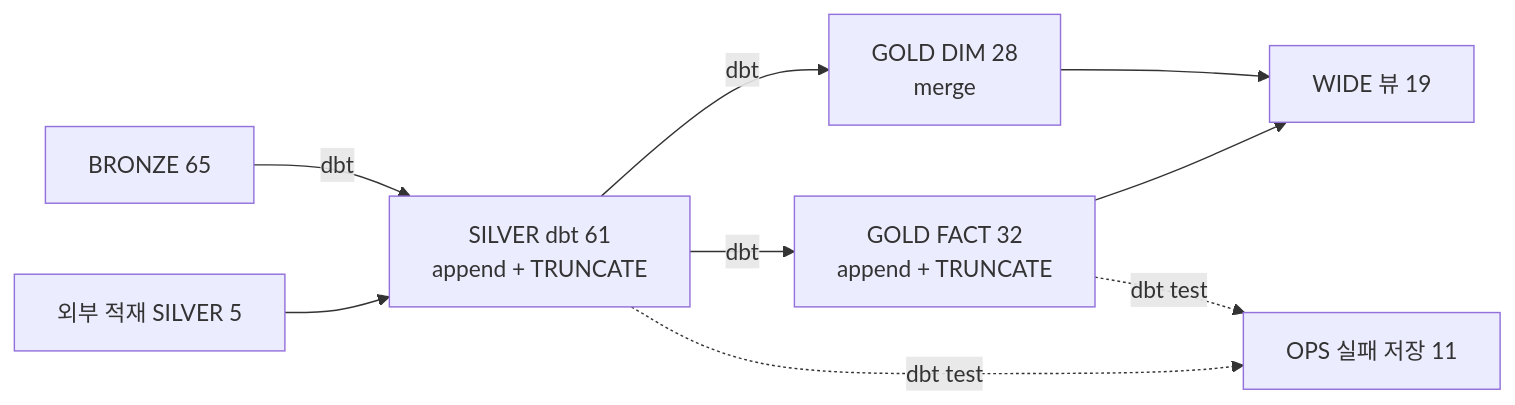
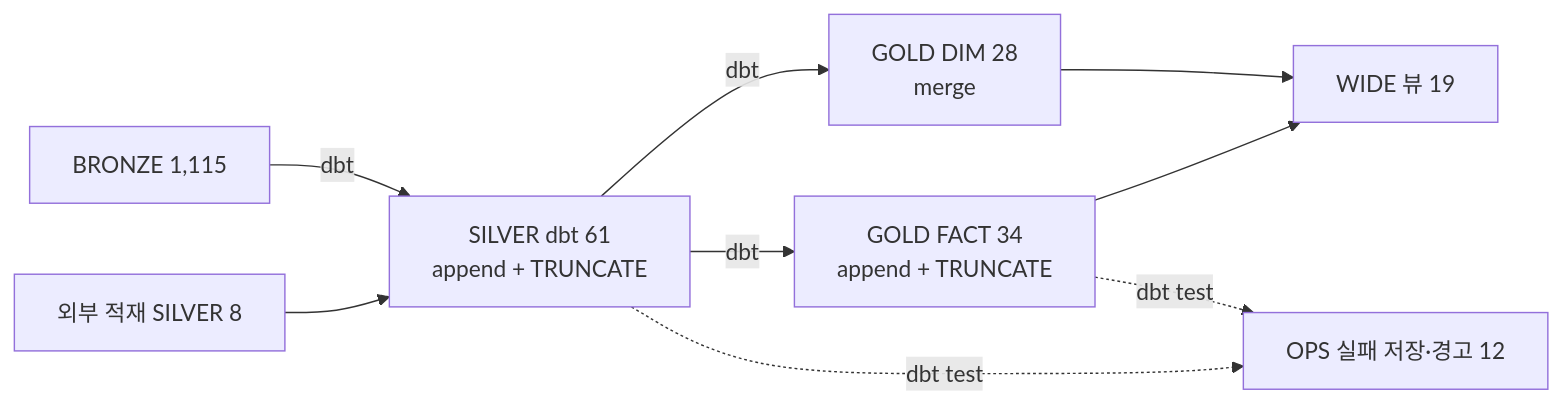
The third of 4 diagrams in 85_실제 인수인계 문서/20_정식산출물/D02_아키텍처정의서.md (cih0802/snowflake_files), drawn with Mermaid before and after one commit. The commit also changed other lines of this file and 157 other files, not shown here.

````diff
--- a/85_실제 인수인계 문서/20_정식산출물/D02_아키텍처정의서.md
+++ b/85_실제 인수인계 문서/20_정식산출물/D02_아키텍처정의서.md
@@ -115,11 +120,11 @@
 ```mermaid
 flowchart LR
-  BRZ["BRONZE 65"] -->|dbt| S["SILVER dbt 61<br/>append + TRUNCATE"]
-  EXT["외부 적재 SILVER 5"] --> S
+  BRZ["BRONZE 1,115"] -->|dbt| S["SILVER dbt 61<br/>append + TRUNCATE"]
+  EXT["외부 적재 SILVER 8"] --> S
   S -->|dbt| D["GOLD DIM 28<br/>merge"]
-  S -->|dbt| F["GOLD FACT 32<br/>append + TRUNCATE"]
+  S -->|dbt| F["GOLD FACT 34<br/>append + TRUNCATE"]
   D --> W["WIDE 뷰 19"]
   F --> W
-  S -.dbt test.-> T["OPS 실패 저장 11"]
+  S -.dbt test.-> T["OPS 실패 저장·경고 12"]
   F -.dbt test.-> T
 ```
````
